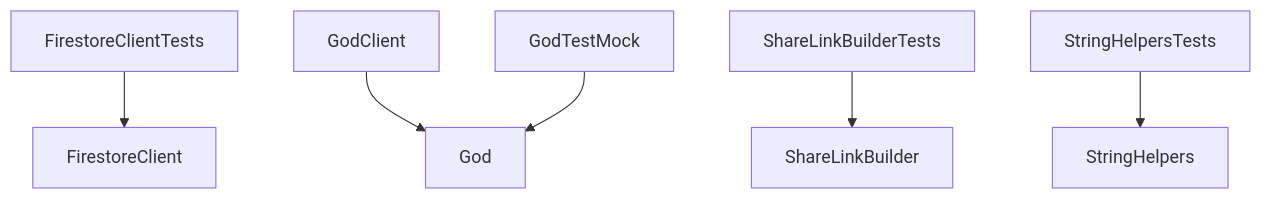
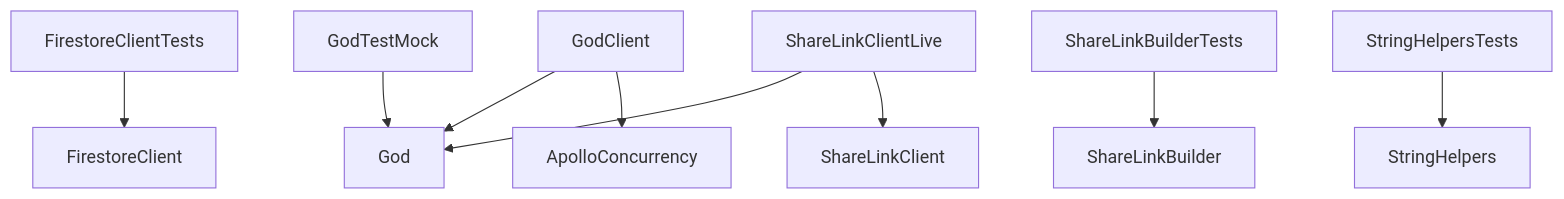
One commit to 0x1-company/god-ios changed the diagram in Packages/DependencyPackage/README.md. Above: the diagram before and after it, drawn with Mermaid. The commit also changed 1 other file, not shown here.

Commit message:
chore: 🤖 dgraph

````diff
--- a/Packages/DependencyPackage/README.md
+++ b/Packages/DependencyPackage/README.md
@@ -6,8 +6,11 @@
 ```mermaid
 graph TD;
     FirestoreClientTests-->FirestoreClient;
     GodClient-->God;
+    GodClient-->ApolloConcurrency;
     GodTestMock-->God;
     ShareLinkBuilderTests-->ShareLinkBuilder;
+    ShareLinkClientLive-->God;
+    ShareLinkClientLive-->ShareLinkClient;
     StringHelpersTests-->StringHelpers;
 ```
````
